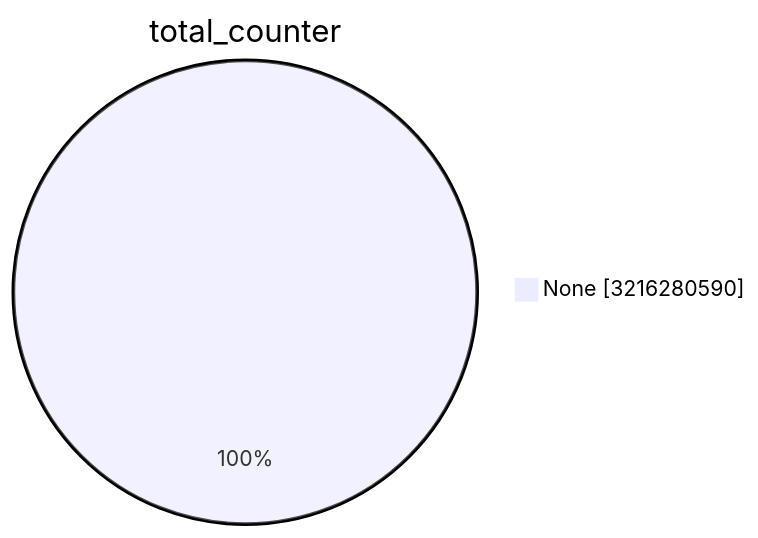
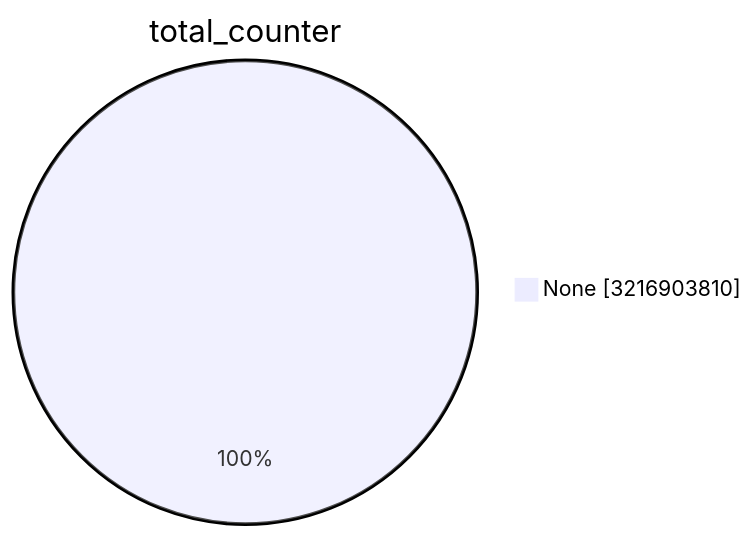
Before and after one commit to christiankrug/ctmonitor_visualization: the first of 15 diagrams in TOTAL/README.md, drawn with Mermaid. The commit also changed other lines of this file, not shown here.

````diff
--- a/TOTAL/README.md
+++ b/TOTAL/README.md
@@ -1,5 +1,5 @@
 ```mermaid
 pie showData
 title total_counter
-"None" :3216280590
+"None" :3216903810
 ```
````
